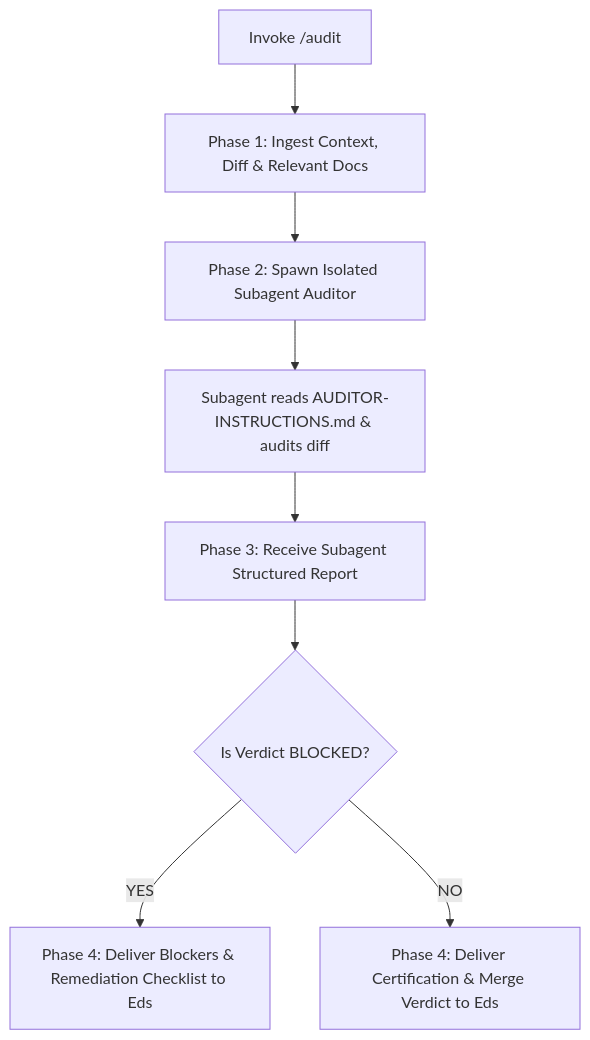
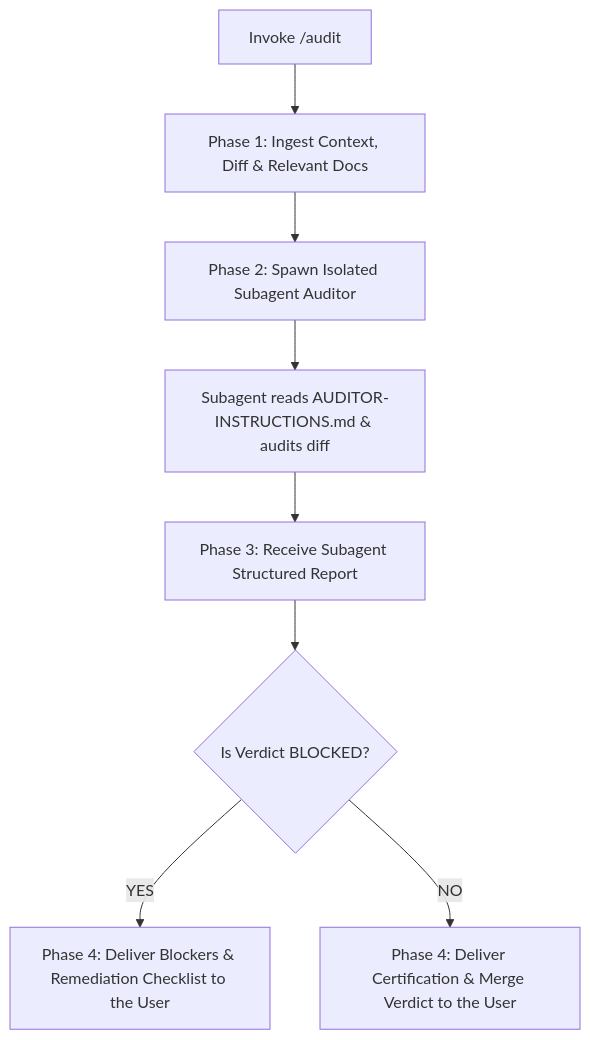
One commit to dimsedra/skills changed the diagram in audit/SKILL.md. Above: the diagram before and after it, drawn with Mermaid. The commit also changed other lines of this file and 4 other files, not shown here.

````diff
--- a/audit/SKILL.md
+++ b/audit/SKILL.md
@@ -18,10 +18,10 @@
 ```mermaid
 flowchart TD
     A["Invoke /audit"] --> B["Phase 1: Ingest Context, Diff & Relevant Docs"]
     B --> C["Phase 2: Spawn Isolated Subagent Auditor"]
     C --> D["Subagent reads AUDITOR-INSTRUCTIONS.md & audits diff"]
     D --> E["Phase 3: Receive Subagent Structured Report"]
     E --> F{"Is Verdict BLOCKED?"}
-    F -- YES --> G["Phase 4: Deliver Blockers & Remediation Checklist to Eds"]
-    F -- NO --> H["Phase 4: Deliver Certification & Merge Verdict to Eds"]
+    F -- YES --> G["Phase 4: Deliver Blockers & Remediation Checklist to the User"]
+    F -- NO --> H["Phase 4: Deliver Certification & Merge Verdict to the User"]
 ```
````
